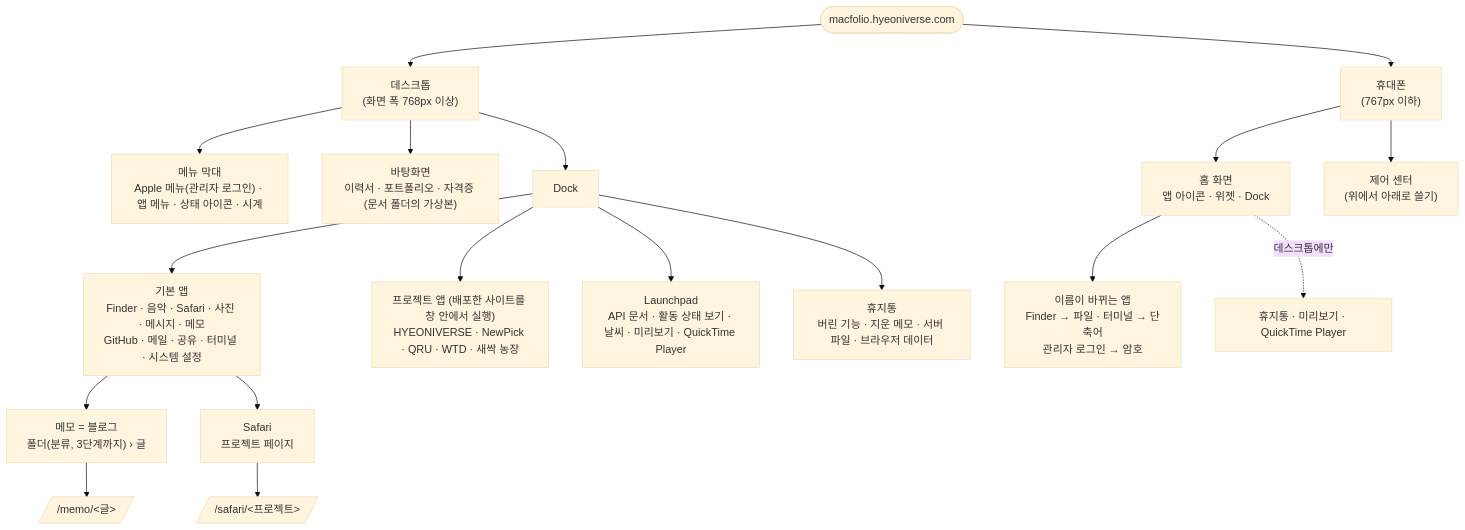
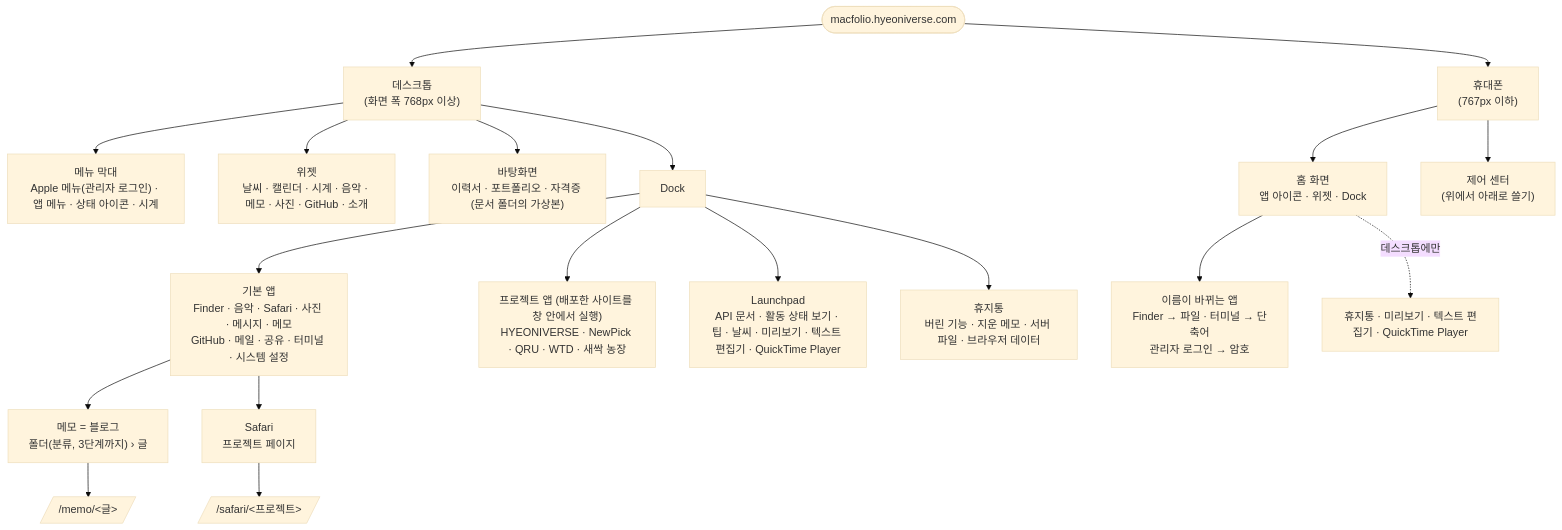
One commit to hyeoniverse/MacFolio changed the first of 5 diagrams in README.md. Above: the diagram before and after it, drawn with Mermaid (base theme). The commit also changed other lines of this file and 3 other files, not shown here.

Commit message:
docs: README에 위젯·팁·텍스트 편집기·메모 조회수를 더한다

````diff
--- a/README.md
+++ b/README.md
@@ -143,24 +166,25 @@
 ```mermaid
 flowchart TB
     site(["macfolio.hyeoniverse.com"])
     site --> desktop["데스크톱<br/>(화면 폭 768px 이상)"]
     site --> mobile["휴대폰<br/>(767px 이하)"]
 
     desktop --> menubar["메뉴 막대<br/>Apple 메뉴(관리자 로그인) · 앱 메뉴 · 상태 아이콘 · 시계"]
+    desktop --> widgets["위젯<br/>날씨 · 캘린더 · 시계 · 음악 · 메모 · 사진 · GitHub · 소개"]
     desktop --> icons["바탕화면<br/>이력서 · 포트폴리오 · 자격증 (문서 폴더의 가상본)"]
     desktop --> dock["Dock"]
     dock --> builtin["기본 앱<br/>Finder · 음악 · Safari · 사진 · 메시지 · 메모<br/>GitHub · 메일 · 공유 · 터미널 · 시스템 설정"]
     dock --> projects["프로젝트 앱 (배포한 사이트를 창 안에서 실행)<br/>HYEONIVERSE · NewPick · QRU · WTD · 새싹 농장"]
-    dock --> launchpad["Launchpad<br/>API 문서 · 활동 상태 보기 · 날씨 · 미리보기 · QuickTime Player"]
+    dock --> launchpad["Launchpad<br/>API 문서 · 활동 상태 보기 · 팁 · 날씨 · 미리보기 · 텍스트 편집기 · QuickTime Player"]
     dock --> bin["휴지통<br/>버린 기능 · 지운 메모 · 서버 파일 · 브라우저 데이터"]
 
     mobile --> home["홈 화면<br/>앱 아이콘 · 위젯 · Dock"]
     mobile --> control["제어 센터<br/>(위에서 아래로 쓸기)"]
     home --> renamed["이름이 바뀌는 앱<br/>Finder → 파일 · 터미널 → 단축어<br/>관리자 로그인 → 암호"]
-    home -. "데스크톱에만" .-> desktoponly["휴지통 · 미리보기 · QuickTime Player"]
+    home -. "데스크톱에만" .-> desktoponly["휴지통 · 미리보기 · 텍스트 편집기 · QuickTime Player"]
 
     builtin --> memo["메모 = 블로그<br/>폴더(분류, 3단계까지) › 글"]
     builtin --> safari["Safari<br/>프로젝트 페이지"]
     memo --> memoUrl[/"/memo/&lt;글&gt;"/]
     safari --> safariUrl[/"/safari/&lt;프로젝트&gt;"/]
 ```
````
